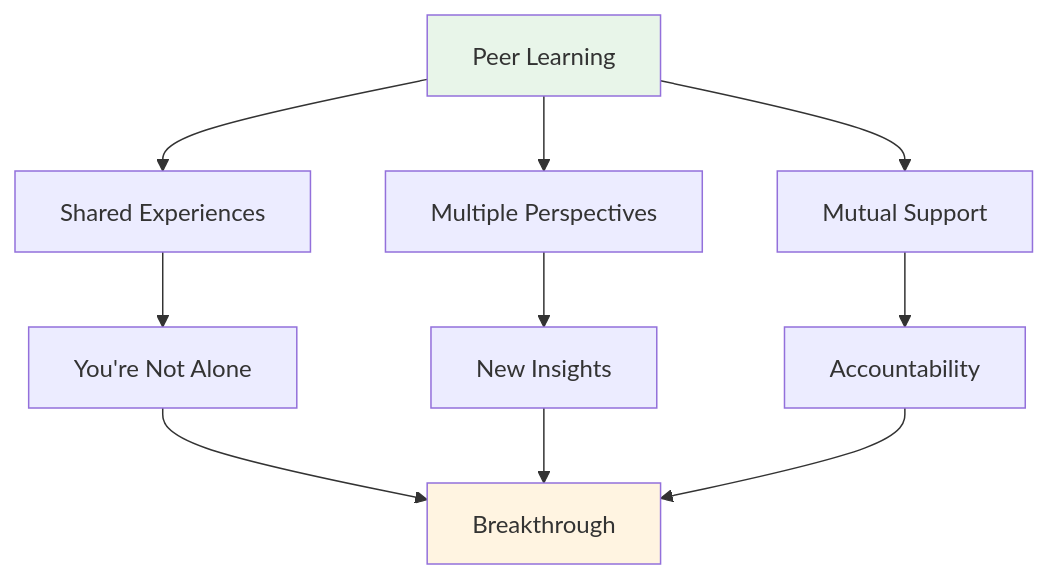
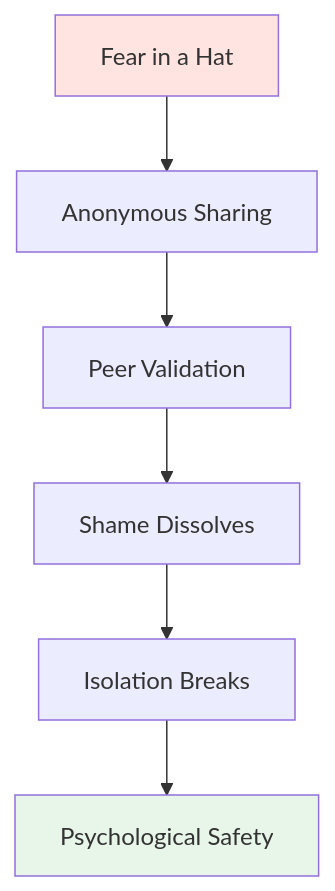
The fourth of 4 diagrams in docs/en/workshop.md (patwii/petanque-academy), drawn with Mermaid before and after one commit. The commit also changed other lines of this file and 259 other files, not shown here.

````diff
--- a/docs/en/workshop.md
+++ b/docs/en/workshop.md
@@ -129,17 +271,11 @@
 ```mermaid
 graph TD
-    A[Peer Learning] --> B[Shared Experiences]
-    A --> C[Multiple Perspectives]
-    A --> D[Mutual Support]
+    A[Fear in a Hat] --> B[Anonymous Sharing]
+    B --> C[Peer Validation]
+    C --> D[Shame Dissolves]
+    D --> E[Isolation Breaks]
+    E --> F[Psychological Safety]
 
-    B --> E[You're Not Alone]
-    C --> F[New Insights]
-    D --> G[Accountability]
-
-    E --> H[Breakthrough]
-    F --> H
-    G --> H
-
-    style A fill:#e8f5e9
-    style H fill:#fff4e1
+    style A fill:#ffe4e1
+    style F fill:#e8f5e9
 ```
````
